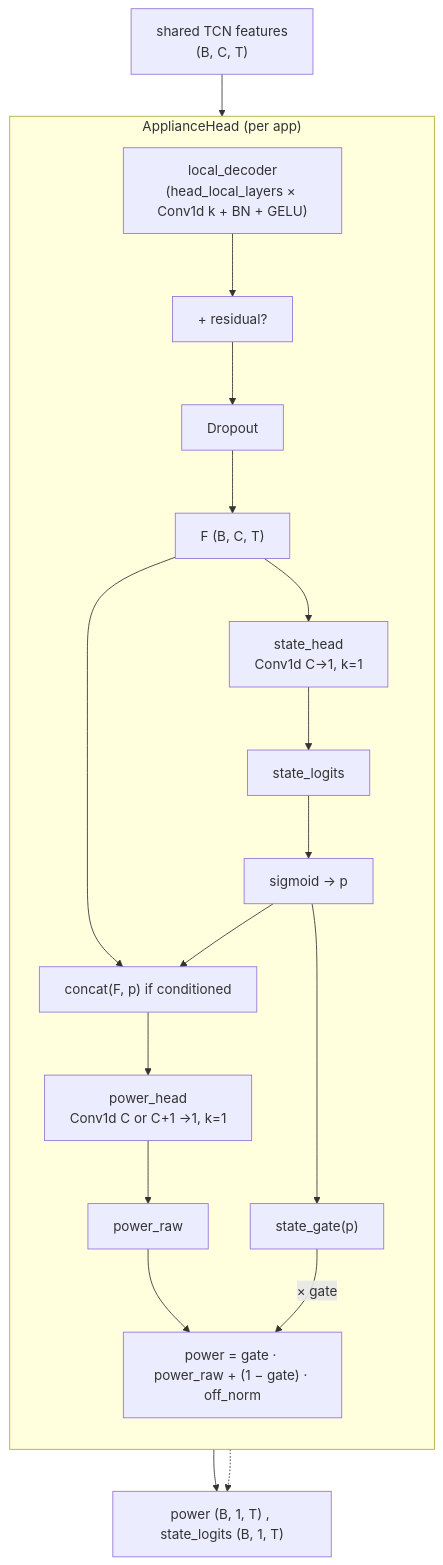
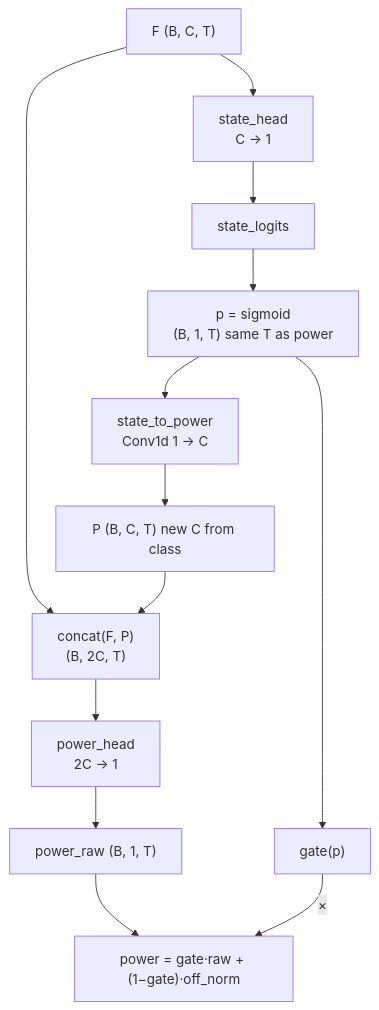
The second of 2 diagrams in multi_appliances_NILM/docs/multinilm_appliance_head.md (rtie2002/high_low_freq_NILM), drawn with Mermaid before and after one commit. The commit also changed other lines of this file and 2 other files, not shown here.

````diff
--- a/multi_appliances_NILM/docs/multinilm_appliance_head.md
+++ b/multi_appliances_NILM/docs/multinilm_appliance_head.md
@@ -69,36 +171,23 @@
 ```mermaid
 flowchart TB
-  shared["shared TCN features<br/>(B, C, T)"]
+  F["F (B, C, T)"]
+  sh["state_head<br/>C → 1"]
+  logits["state_logits"]
+  p["p = sigmoid<br/>(B, 1, T) same T as power"]
+  proj["state_to_power<br/>Conv1d 1 → C"]
+  P["P (B, C, T) new C from class"]
+  cat["concat(F, P)<br/>(B, 2C, T)"]
+  ph["power_head<br/>2C → 1"]
+  raw["power_raw (B, 1, T)"]
+  g["gate(p)"]
+  out["power = gate·raw + (1−gate)·off_norm"]
 
-  subgraph ApplianceHead["ApplianceHead (per app)"]
-    direction TB
-    local["local_decoder<br/>(head_local_layers × Conv1d k + BN + GELU)"]
-    res["+ residual?"]
-    drop["Dropout"]
-    F["F (B, C, T)"]
-
-    state_head["state_head<br/>Conv1d C→1, k=1"]
-    state_logits["state_logits"]
-    sig["sigmoid → p"]
-    cat["concat(F, p) if conditioned"]
-    power_head["power_head<br/>Conv1d C or C+1 →1, k=1"]
-    power_raw["power_raw"]
-    gate_fn["state_gate(p)"]
-    blend["power = gate · power_raw + (1 − gate) · off_norm"]
-
-    local --> res --> drop --> F
-    F --> state_head --> state_logits --> sig
-    F --> cat
-    sig --> cat
-    cat --> power_head --> power_raw
-    sig --> gate_fn
-    power_raw --> blend
-    gate_fn -->|"× gate"| blend
-  end
-
-  out["power (B, 1, T) , state_logits (B, 1, T)"]
-
-  shared --> ApplianceHead
-  blend --> out
-  state_logits -.-> out
+  F --> sh --> logits --> p
+  p --> proj --> P
+  F --> cat
+  P --> cat
+  cat --> ph --> raw
+  p --> g
+  raw --> out
+  g -->|"×"| out
 ```
````
